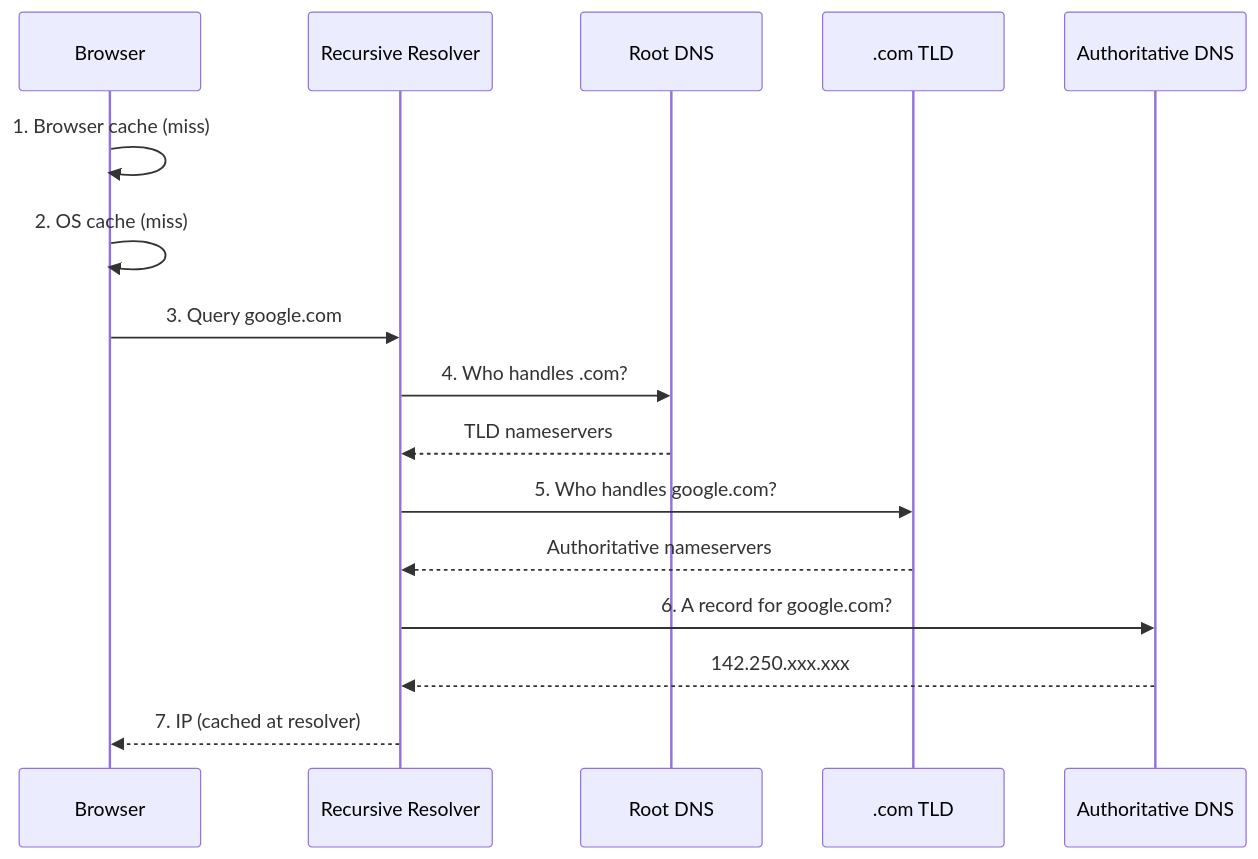
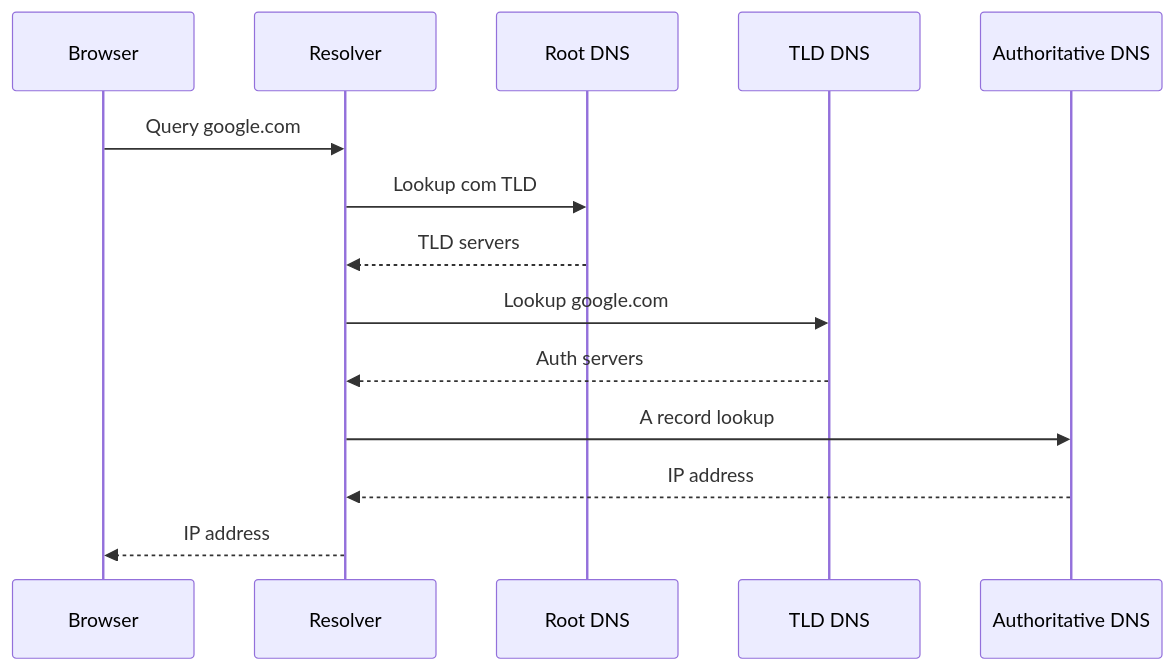
The fourth of 17 diagrams in 01-networking/README.md (hareramcse/SystemDesign), drawn with Mermaid before and after one commit. The commit also changed other lines of this file, not shown here.

````diff
--- a/01-networking/README.md
+++ b/01-networking/README.md
@@ -2745,18 +2667,16 @@
 ```mermaid
 sequenceDiagram
     participant B as Browser
-    participant R as Recursive Resolver
+    participant R as Resolver
     participant Root as Root DNS
-    participant TLD as .com TLD
+    participant TLD as TLD DNS
     participant Auth as Authoritative DNS
-    B->>B: 1. Browser cache (miss)
-    B->>B: 2. OS cache (miss)
-    B->>R: 3. Query google.com
-    R->>Root: 4. Who handles .com?
-    Root-->>R: TLD nameservers
-    R->>TLD: 5. Who handles google.com?
-    TLD-->>R: Authoritative nameservers
-    R->>Auth: 6. A record for google.com?
-    Auth-->>R: 142.250.xxx.xxx
-    R-->>B: 7. IP (cached at resolver)
+    B->>R: Query google.com
+    R->>Root: Lookup com TLD
+    Root-->>R: TLD servers
+    R->>TLD: Lookup google.com
+    TLD-->>R: Auth servers
+    R->>Auth: A record lookup
+    Auth-->>R: IP address
+    R-->>B: IP address
 ```
````
